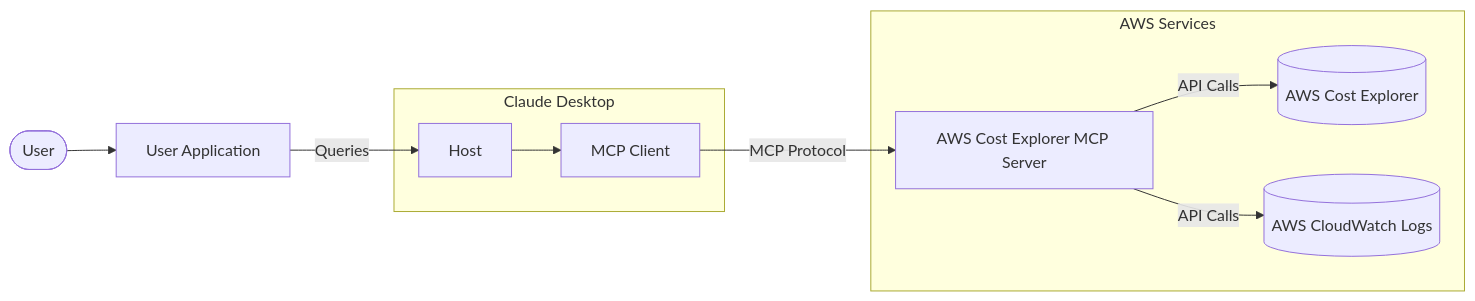
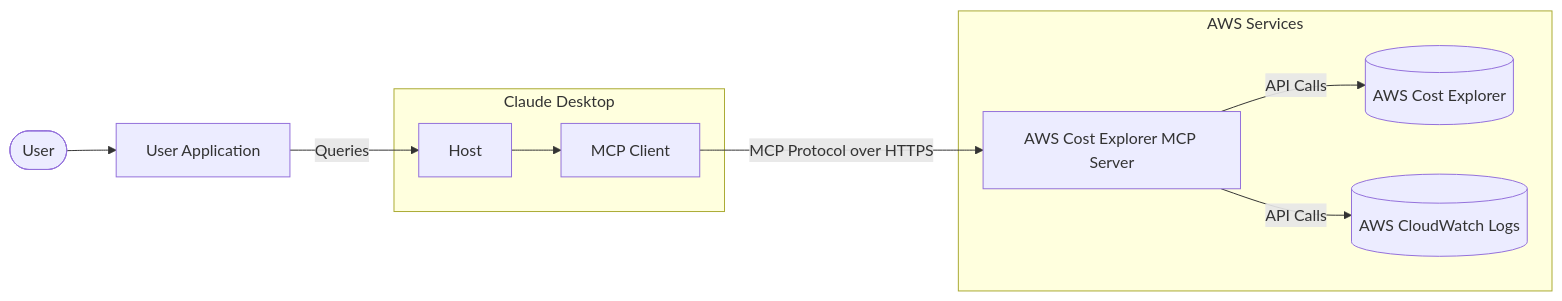
The diagram in README.md (AlexanderWiechert/aws-cost-explorer-mcp-server), drawn with Mermaid before and after one commit.

Commit message:
readme updates for MCP over HTTPS

````diff
--- a/README.md
+++ b/README.md
@@ -5,16 +5,16 @@
 ```mermaid
 flowchart LR
     User([User]) --> UserApp[User Application]
     UserApp --> |Queries| Host[Host]
     
     subgraph "Claude Desktop"
         Host --> MCPClient[MCP Client]
     end
     
-    MCPClient --> |MCP Protocol| MCPServer[AWS Cost Explorer MCP Server]
+    MCPClient --> |MCP Protocol over HTTPS| MCPServer[AWS Cost Explorer MCP Server]
     
     subgraph "AWS Services"
         MCPServer --> |API Calls| CostExplorer[(AWS Cost Explorer)]
         MCPServer --> |API Calls| CloudWatchLogs[(AWS CloudWatch Logs)]
     end
 ```
````
